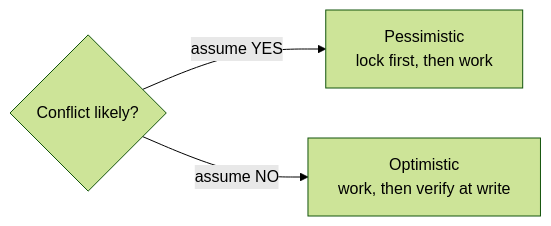
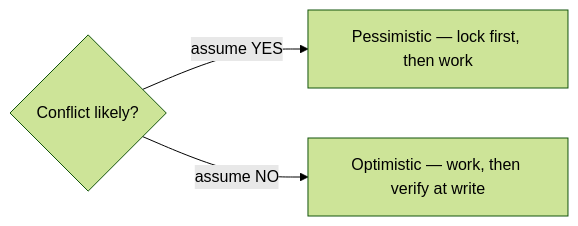
The first of 3 diagrams in src/modules/database/content/07-transactions/05-optimistic-vs-pessimistic.md (mohammad-mriesh-job/cortex), drawn with Mermaid (forest theme) before and after one commit. The commit also changed other lines of this file and 257 other files, not shown here.

````diff
--- a/src/modules/database/content/07-transactions/05-optimistic-vs-pessimistic.md
+++ b/src/modules/database/content/07-transactions/05-optimistic-vs-pessimistic.md
@@ -14,5 +14,5 @@
 ```mermaid
 flowchart LR
-    A{Conflict likely?} -->|assume YES| P["Pessimistic<br/>lock first, then work"]
-    A -->|assume NO| O["Optimistic<br/>work, then verify at write"]
+    A{"Conflict likely?"} -->|assume YES| P["Pessimistic — lock first, then work"]
+    A -->|assume NO| O["Optimistic — work, then verify at write"]
 ```
````
